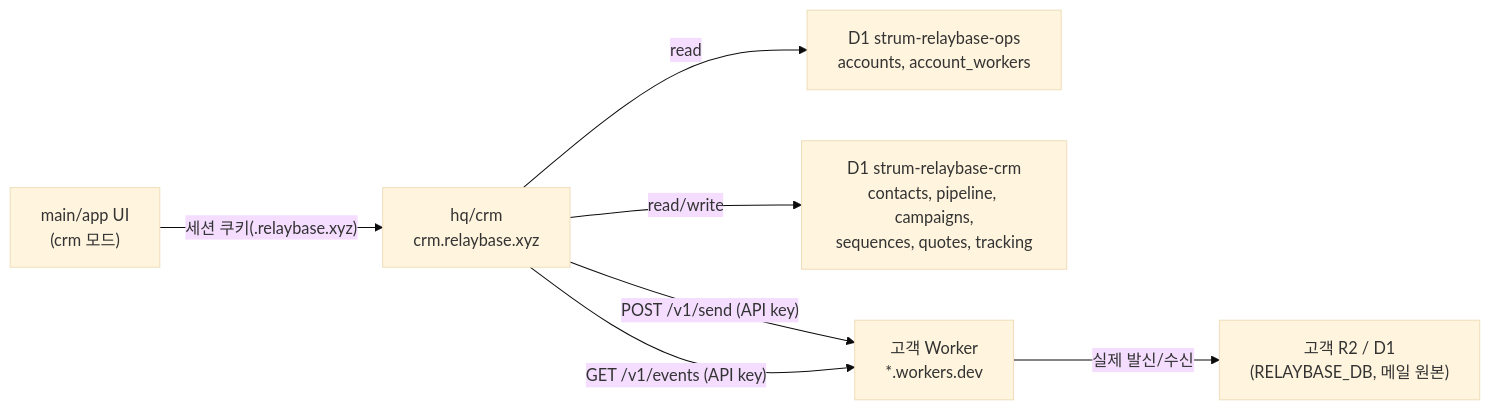
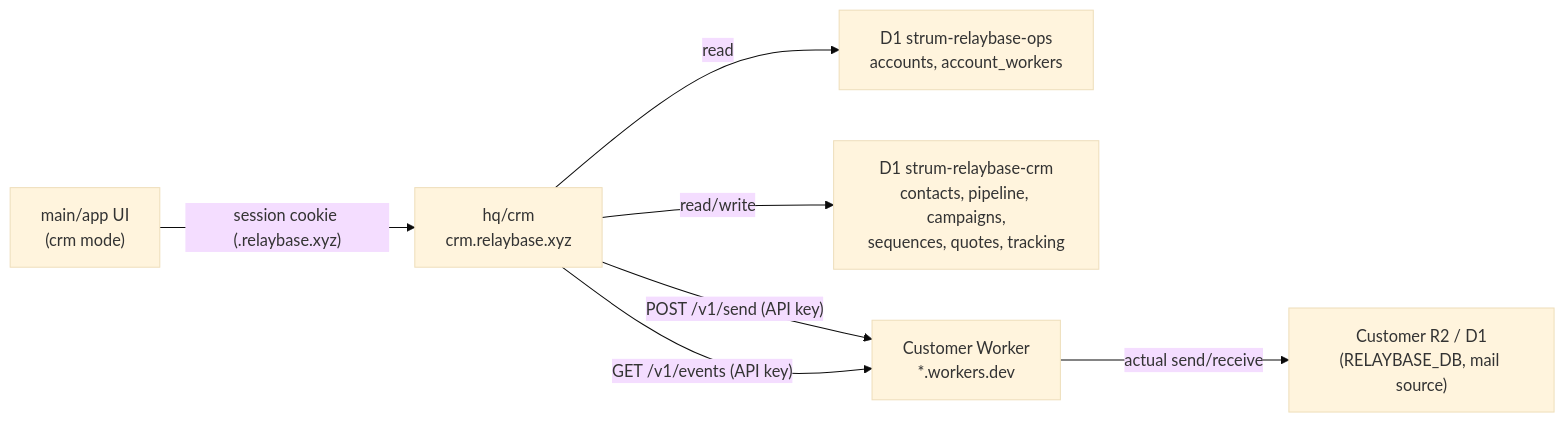
Before and after one commit to gssisaac/relaybase: the diagram in docs/features/crm-mode-v0.2.md, drawn with Mermaid (base theme). The commit also changed other lines of this file, not shown here.

Commit message:
Translate CRM mode v0.2 spec to English for English-first product docs.

````diff
--- a/docs/features/crm-mode-v0.2.md
+++ b/docs/features/crm-mode-v0.2.md
@@ -95,9 +95,9 @@
 ```mermaid
 flowchart LR
-  UI["main/app UI\n(crm 모드)"] -->|"세션 쿠키(.relaybase.xyz)"| CRM["hq/crm\ncrm.relaybase.xyz"]
+  UI["main/app UI\n(crm mode)"] -->|"session cookie (.relaybase.xyz)"| CRM["hq/crm\ncrm.relaybase.xyz"]
   CRM -->|"read"| OPS["D1 strum-relaybase-ops\naccounts, account_workers"]
   CRM -->|"read/write"| CRMDB["D1 strum-relaybase-crm\ncontacts, pipeline, campaigns,\nsequences, quotes, tracking"]
-  CRM -->|"POST /v1/send (API key)"| W["고객 Worker\n*.workers.dev"]
+  CRM -->|"POST /v1/send (API key)"| W["Customer Worker\n*.workers.dev"]
   CRM -->|"GET /v1/events (API key)"| W
-  W -->|"실제 발신/수신"| R2["고객 R2 / D1\n(RELAYBASE_DB, 메일 원본)"]
+  W -->|"actual send/receive"| R2["Customer R2 / D1\n(RELAYBASE_DB, mail source)"]
 ```
````
